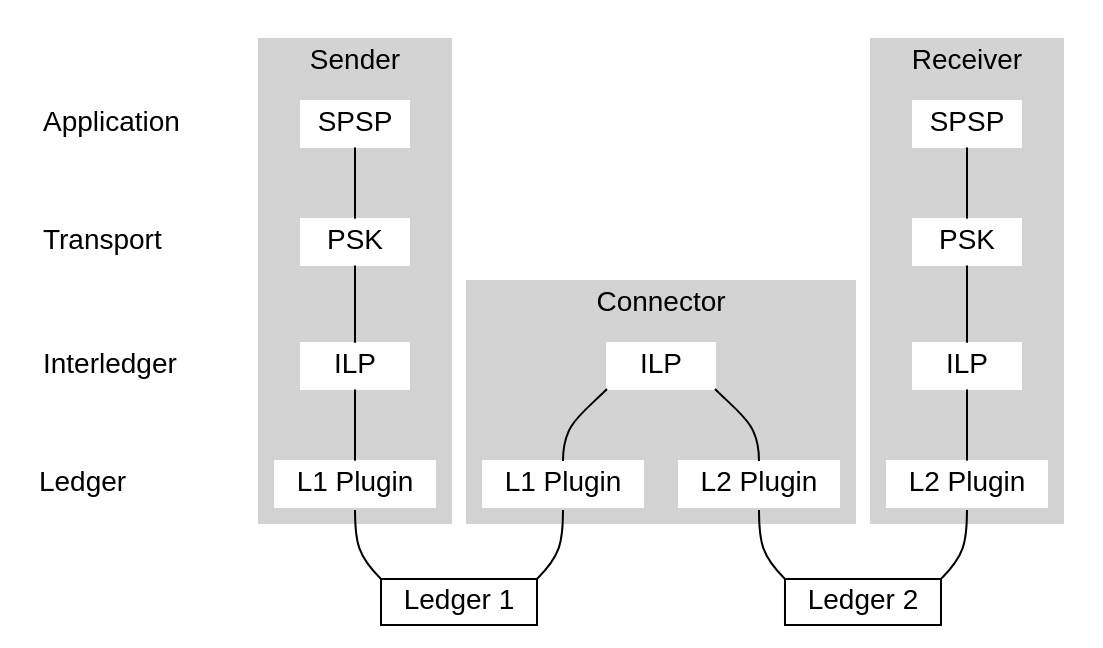
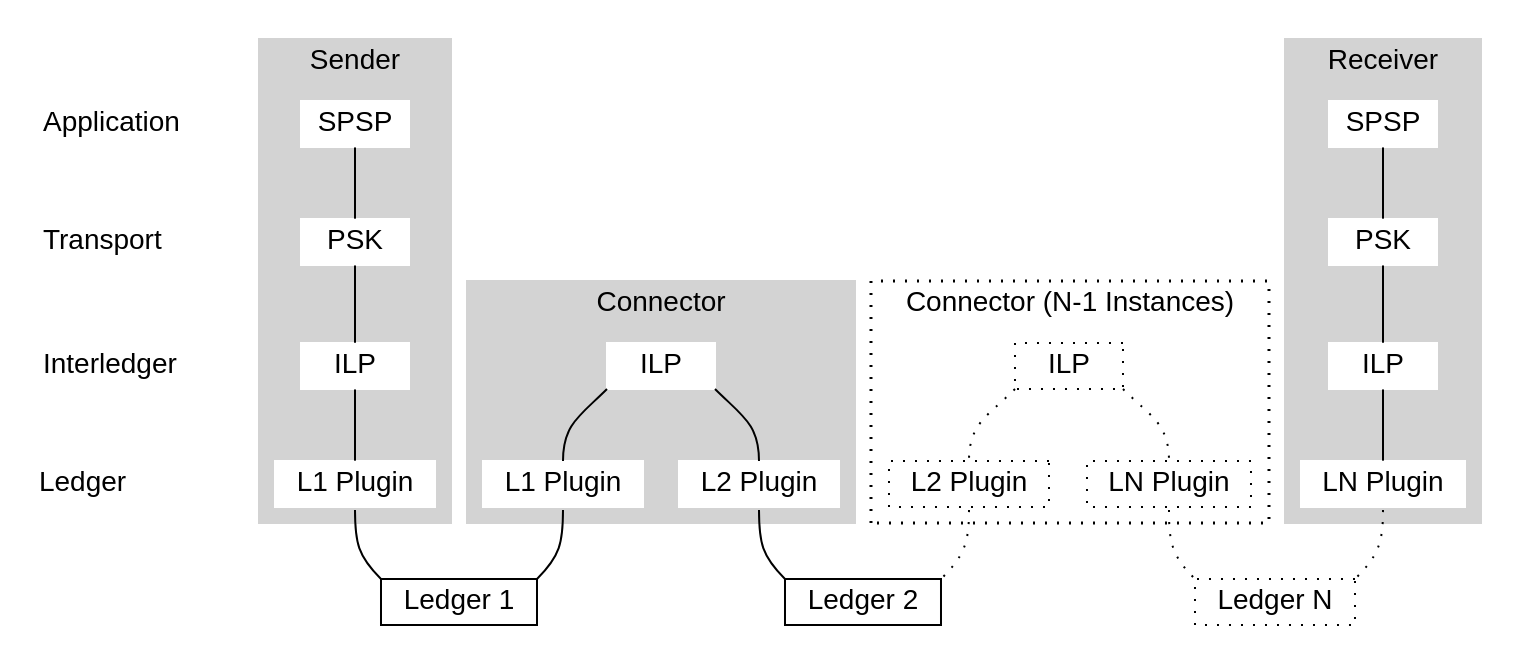
One commit to interledger/rfcs changed the diagram in shared/graphs/protocol-suite.dot. Above: the diagram before and after it, drawn with Graphviz. The commit also changed 1 other file, not shown here.

Commit message:
docs(graphs): add N connectors/ledgers to protocol stack
based on comment from @mduo13

```diff
--- a/shared/graphs/protocol-suite.dot
+++ b/shared/graphs/protocol-suite.dot
@@ -1,62 +1,79 @@
 graph G {
   node [shape = box,height=.1,fontname = "helvetica"];
   newrank=true;
 
   app [label="Application\l" shape="plaintext" width=1.5]
   transport [label="Transport\l" shape="plaintext" width=1.5]
   interledger [label="Interledger\l" shape="plaintext" width=1.5]
   ledger [label="Ledger\l" shape="plaintext" width=1.5]
 
   subgraph cluster_0 {
     style=filled;
     color=lightgrey;
     node [style=filled,color=white];
     app1 [label=SPSP];
     tr1 [label=PSK];
     im1 [label="ILP"];
     lli1 [label="L1 Plugin"];
     app1 -- tr1 -- im1 -- lli1;
     label = "Sender";
     fontname = "helvetica";
   }
 
   subgraph cluster_1 {
     style=filled;
     color=lightgrey;
     node [style=filled,color=white];
     im2 [label="ILP"];
     lli2[label="L1 Plugin"];
     lli3 [label="L2 Plugin"];
     im2:sw -- lli2:n;
     im2:se -- lli3:n;
     label = "Connector";
     fontname = "helvetica";
   }
 
   subgraph cluster_2 {
+    style=dotted;
+    color=black;
+    penwidth=1.5;
+    node [style=dotted,color=black];
+    im3 [label="ILP"];
+    lli4[label="L2 Plugin"];
+    lli5 [label="LN Plugin"];
+    im3:sw -- lli4:n [style=dotted];
+    im3:se -- lli5:n [style=dotted];
+    label = "Connector (N-1 Instances)";
+    fontname = "helvetica";
+  }
+
+  subgraph cluster_3 {
     style=filled;
     color=lightgrey;
     node [style=filled,color=white];
     app2 [label=SPSP];
     tr2 [label=PSK];
-    im3 [label="ILP"];
-    lli4 [label="L2 Plugin"];
-    app2 -- tr2 -- im3 -- lli4;
+    im4 [label="ILP"];
+    lli6 [label="LN Plugin"];
+    app2 -- tr2 -- im4 -- lli6;
     label = "Receiver";
     fontname = "helvetica";
   }
 
   lli1:s -- l1:nw;
   lli2:s -- l1:ne;
   lli3:s -- l2:nw;
-  lli4:s -- l2:ne;
+  lli4:s -- l2:ne [style=dotted];
+  lli5:s -- l3:nw [style=dotted];
+  lli6:s -- l3:ne [style=dotted];
 
   l1 [shape=box label="Ledger 1"];
   l2 [shape=box label="Ledger 2"];
+  l3 [shape=box label="Ledger N" style=dotted];
 
   { rank=same; app app1 app2 }
   { rank=same; transport tr1 tr2 }
-  { rank=same; interledger im1 im2 im3 }
-  { rank=same; ledger lli1 lli2 lli3 lli4 }
-  { rank=same; l1 l2 }
+  { rank=same; interledger im1 im2 im3 im4 }
+  { rank=same; ledger lli1 lli2 lli3 lli4 lli5 lli6}
+  { rank=same; l1 l2 l3 }
 }
```
